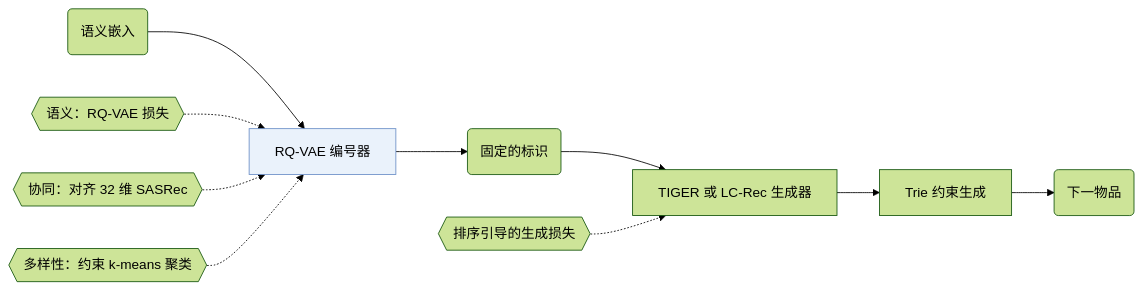
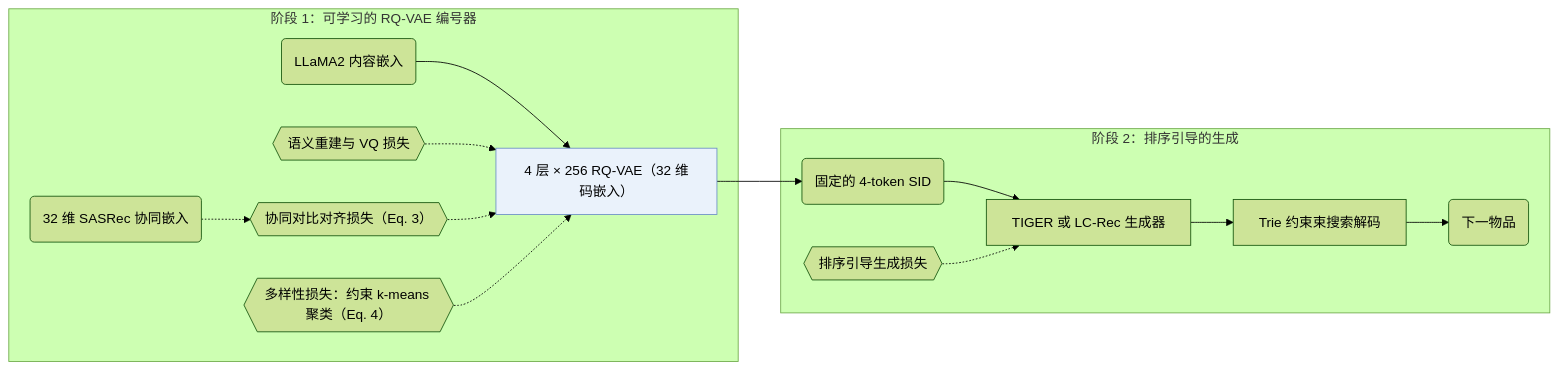
One commit to Galaxy-ghost/Awesome-SID-Generative-Rec changed the diagram in notes/zh/letter.md. Above: the diagram before and after it, drawn with Mermaid (forest theme). The commit also changed other lines of this file and 649 other files, not shown here.

Commit message:
writer-05: also tags and modality index (schema, check, build, visuals); summary field removed; calibration data for 12 papers

````diff
--- a/notes/zh/letter.md
+++ b/notes/zh/letter.md
@@ -14,13 +14,18 @@
 ```mermaid
 flowchart LR
-    A("语义嵌入") --> B["RQ-VAE 编号器"]:::key
-    L1{{"语义：RQ-VAE 损失"}} -.-> B
-    L2{{"协同：对齐 32 维 SASRec"}} -.-> B
-    L3{{"多样性：约束 k-means 聚类"}} -.-> B
-    B --> C("固定的标识")
-    C --> D["TIGER 或 LC-Rec 生成器"]
-    L4{{"排序引导的生成损失"}} -.-> D
-    D --> E["Trie 约束生成"]
-    E --> F("下一物品")
+    subgraph S1["阶段 1：可学习的 RQ-VAE 编号器"]
+        A("LLaMA2 内容嵌入") --> B["4 层 × 256 RQ-VAE（32 维码嵌入）"]:::key
+        CF("32 维 SASRec 协同嵌入") -.-> L2{{"协同对比对齐损失（Eq. 3）"}}
+        L1{{"语义重建与 VQ 损失"}} -.-> B
+        L2 -.-> B
+        L3{{"多样性损失：约束 k-means 聚类（Eq. 4）"}} -.-> B
+    end
+    B --> C("固定的 4-token SID")
+    subgraph S2["阶段 2：排序引导的生成"]
+        C --> D["TIGER 或 LC-Rec 生成器"]
+        L4{{"排序引导生成损失"}} -.-> D
+        D --> E["Trie 约束束搜索解码"]
+        E --> F("下一物品")
+    end
     classDef key fill:#eaf2fb,stroke:#6b8fc7
 ```
````
